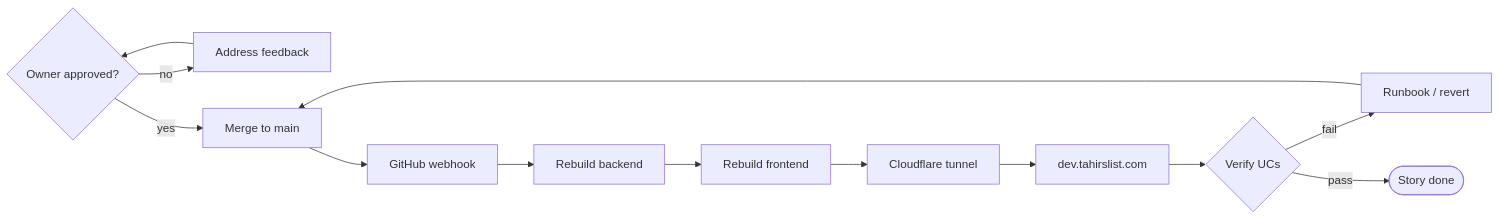
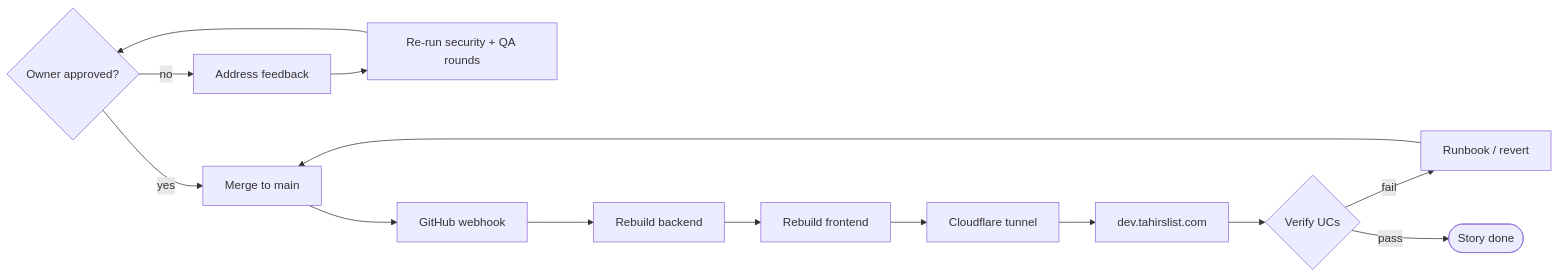
One commit to Losers-Lab/tahirs-list changed diagram 12 of 12 in docs/process/feature-workflow.md. Above: the diagram before and after it, drawn with Mermaid. The commit also changed other lines of this file and 2 other files, not shown here.

````diff
--- a/docs/process/feature-workflow.md
+++ b/docs/process/feature-workflow.md
@@ -406,8 +406,8 @@
 ```mermaid
 flowchart LR
-  O{Owner approved?} -- no --> F[Address feedback] --> O
+  O{Owner approved?} -- no --> F[Address feedback] --> R[Re-run security + QA rounds] --> O
   O -- yes --> M[Merge to main] --> W[GitHub webhook] --> B[Rebuild backend] --> F2[Rebuild frontend]
   F2 --> T[Cloudflare tunnel] --> D[dev.tahirslist.com] --> V{Verify UCs}
   V -- fail --> X[Runbook / revert] --> M
   V -- pass --> DONE([Story done])
 ```
````
